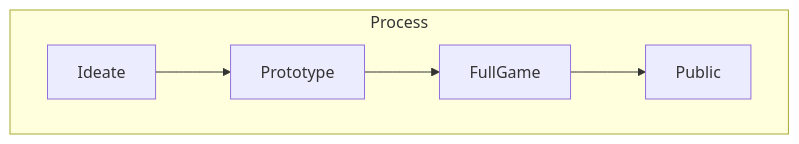
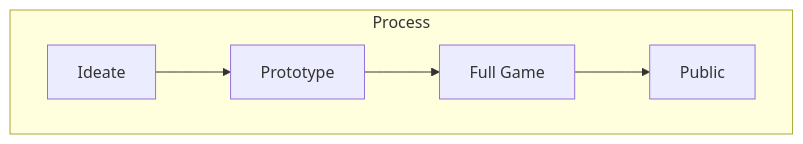
Before and after one commit to unity-learn/game-production-process: the diagram in README.md, drawn with Mermaid.

````diff
--- a/README.md
+++ b/README.md
@@ -3,12 +3,12 @@
 ``` mermaid
 flowchart
 
 subgraph S[Process]
 A[Ideate]
 B[Prototype]
-C[FullGame]
+C[Full Game]
 D[Public]
 
 A--> B -->C -->D
 end
 ```
````
